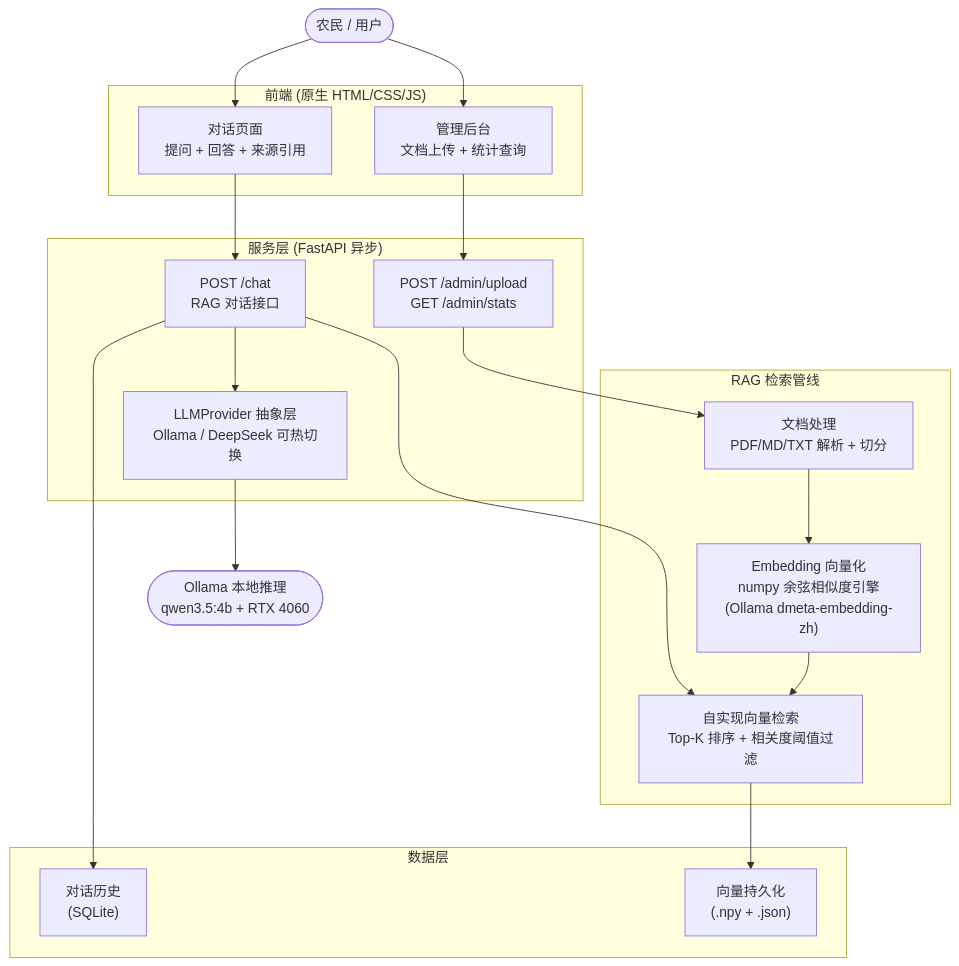
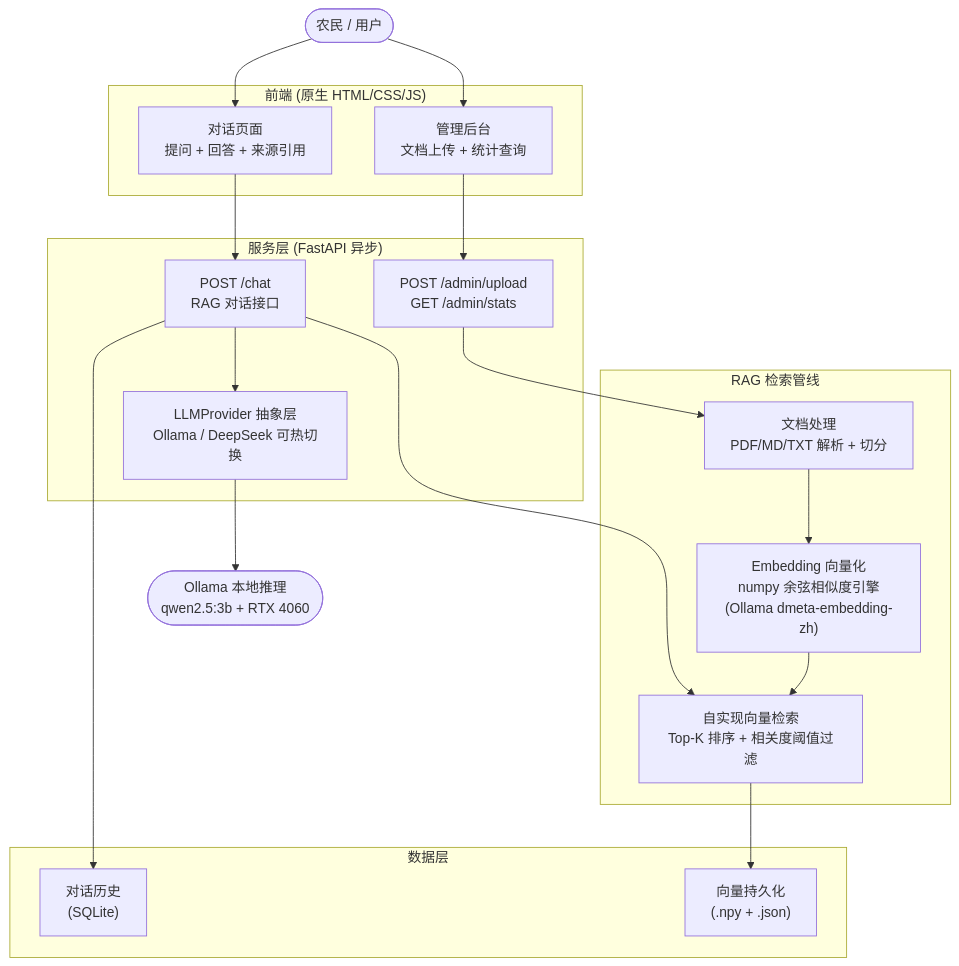
One commit to Atoow/rice-qa-system changed the diagram in README.md. Above: the diagram before and after it, drawn with Mermaid. The commit also changed other lines of this file and 5 other files, not shown here.

Commit message:
docs: 更新README（架构图+API文档+量化数据），知识库扩充至6份文档96向量条目

````diff
--- a/README.md
+++ b/README.md
@@ -11,37 +11,37 @@
 ```mermaid
 flowchart TB
     subgraph Frontend["前端 (原生 HTML/CSS/JS)"]
         ChatUI["对话页面\n提问 + 回答 + 来源引用"]
         AdminUI["管理后台\n文档上传 + 统计查询"]
     end
 
     subgraph Service["服务层 (FastAPI 异步)"]
         ChatAPI["POST /chat\nRAG 对话接口"]
         AdminAPI["POST /admin/upload\nGET /admin/stats"]
         LLMProvider["LLMProvider 抽象层\nOllama / DeepSeek 可热切换"]
     end
 
     subgraph RAG["RAG 检索管线"]
         Embedding["Embedding 向量化\nnumpy 余弦相似度引擎\n(Ollama dmeta-embedding-zh)"]
         Retriever["自实现向量检索\nTop-K 排序 + 相关度阈值过滤"]
         Loader["文档处理\nPDF/MD/TXT 解析 + 切分"]
     end
 
     subgraph Storage["数据层"]
         SQLite["对话历史\n(SQLite)"]
         Vectors["向量持久化\n(.npy + .json)"]
     end
 
     User(["农民 / 用户"]) --> ChatUI
     User --> AdminUI
     ChatUI --> ChatAPI
     AdminUI --> AdminAPI
     ChatAPI --> LLMProvider
     ChatAPI --> Retriever
     ChatAPI --> SQLite
     AdminAPI --> Loader
     Loader --> Embedding
     Embedding --> Retriever
     Retriever --> Vectors
-    LLMProvider --> Ollama(["Ollama 本地推理\nqwen3.5:4b + RTX 4060"])
+    LLMProvider --> Ollama(["Ollama 本地推理\nqwen2.5:3b + RTX 4060"])
 ```
````
